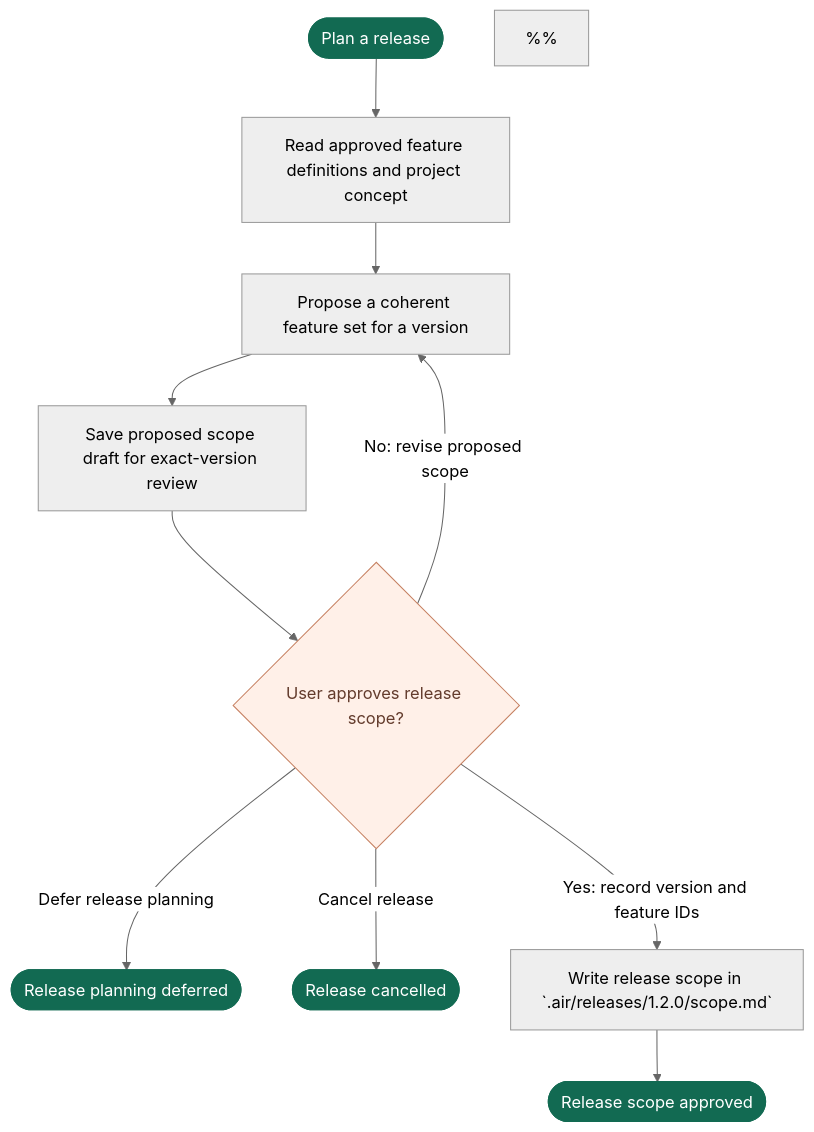
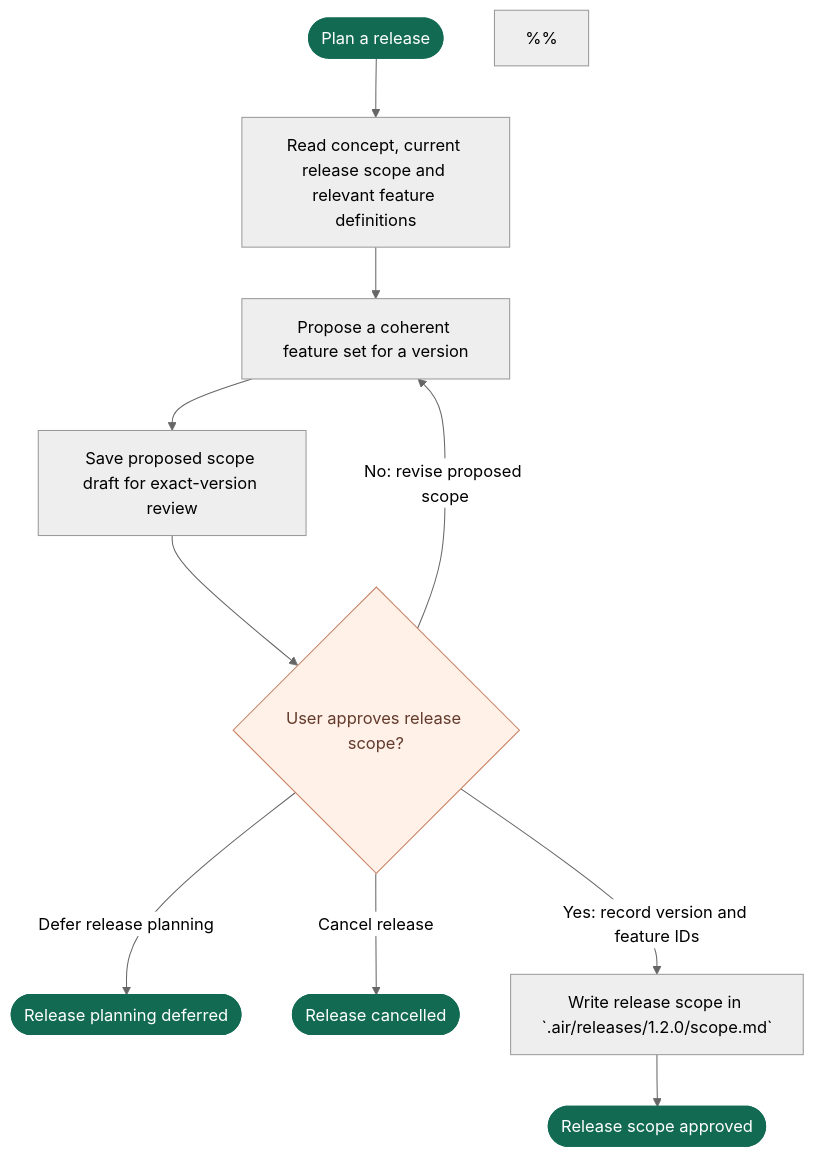
The diagram in docs/airflow/flows/release-planning.mmd (vanlangenlabs/vanlangenlabs-site), drawn with Mermaid (neutral theme) before and after one commit. The commit also changed 6 other files, not shown here.

```diff
--- a/docs/airflow/flows/release-planning.mmd
+++ b/docs/airflow/flows/release-planning.mmd
@@ -1,46 +1,52 @@
 flowchart TD
-    start([Plan a release]) --> readBacklog[Read approved feature definitions and project concept]
+    start([Plan a release]) --> readBacklog[Read concept, current release scope and relevant feature definitions]
 %% @airflow-context readBacklog
-%% Read only the approved backlog records relevant to release planning. Propose
-%% a coherent set based on project goals, dependencies, priority and capacity;
-%% do not treat issue order or tracker status alone as user approval.
+%% For a new release, read relevant approved backlog Definitions and the concept.
+%% For replanning, also load the current scope, all its feature Definitions/statuses,
+%% change findings and current evidence, including selected/implementing/verifying/
+%% verified features. Existing membership is not lost because a feature left backlog.
+%% Propose retained, added and removed IDs explicitly; unresolved or unapproved
+%% Definitions cannot enter the approved scope. Preserve unaffected evidence with
+%% impact rationale. Use goals, dependencies, priority and capacity, never tracker
+%% order/status as approval. Do not select a feature belonging to another release.
 %% @end-airflow-context
     readBacklog --> propose[Propose a coherent feature set for a version]
     propose --> draft[Save proposed scope draft for exact-version review]
     draft --> scopeApproval{User approves release scope?}
     scopeApproval -- No: revise proposed scope --> propose
     scopeApproval -- Defer release planning --> planningDeferred([Release planning deferred])
     scopeApproval -- Cancel release --> releaseCancelled([Release cancelled])
     scopeApproval -- Yes: record version and feature IDs --> scope[Write release scope in `.air/releases/1.2.0/scope.md`]
     scope --> scopeReady([Release scope approved])
 %% @airflow-context scopeApproval
 %% The human approves the exact version, included feature IDs, exclusions and
 %% release goals. Bind the decision to the scope file digest. A changed set needs
-%% a new scope approval; deferred planning leaves features in the backlog.
+%% a new scope approval. Deferring new planning leaves backlog unchanged;
+%% deferring an existing release preserves its membership and valid evidence.
 %% Record approval evidence in `.air/index.md` using the global instructions.
 %%
 %% Feature transitions owned by this phase:
 %% - `backlog` -> `selected`: Human approves inclusion in a release scope.
 %% - `selected` / `implementing` / `verifying` / `verified` -> `backlog`: Human removes feature from scope or cancels release; Definition remains approved. Preserve historical evidence.
 %%
 %% A feature belongs to at most one active release. Removing an unapproved feature
 %% keeps it clarifying, deferred or rejected, never backlog. Release deferral keeps
 %% membership and valid evidence; execution waits for explicit human reopening.
 %%
 %% Release transition `planning -> scope-pending-approval`: Self-reviewed scope lists exact feature IDs and version; record_status becomes pending-approval. Owner: AI prepares and requests approval.
 %%
 %% Release transition `scope-pending-approval -> scope-approved`: Scope digest is explicitly approved; append approval event. Owner: Human.
 %%
 %% Release transition `deferred -> planning`: User explicitly reopens planning; revalidate the backlog and release goals. Owner: Human.
 %% @end-airflow-context
 
     classDef boundary fill:#126a52,color:#ffffff,stroke:#126a52
     class start,scopeReady,planningDeferred,releaseCancelled boundary
     classDef approval fill:#fff0e8,color:#633b2c,stroke:#c68162
     class scopeApproval approval
 
 %% @airflow-context propose
 %% Record path: `.air/releases/<version>/scope.md`.
 %% Record outline: Release goal; Included feature IDs; Excluded or deferred feature IDs; Dependencies and ordering; Release-level acceptance criteria.
 %% Mutable statuses belong in the index. Example IDs and versions are placeholders.
 %% @end-airflow-context
```
